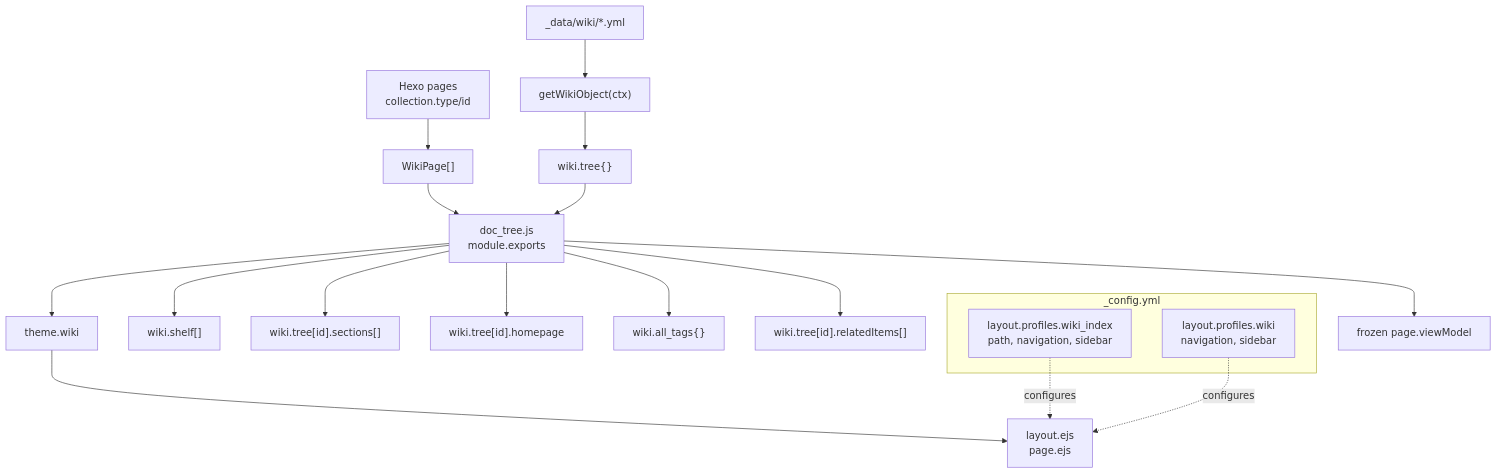
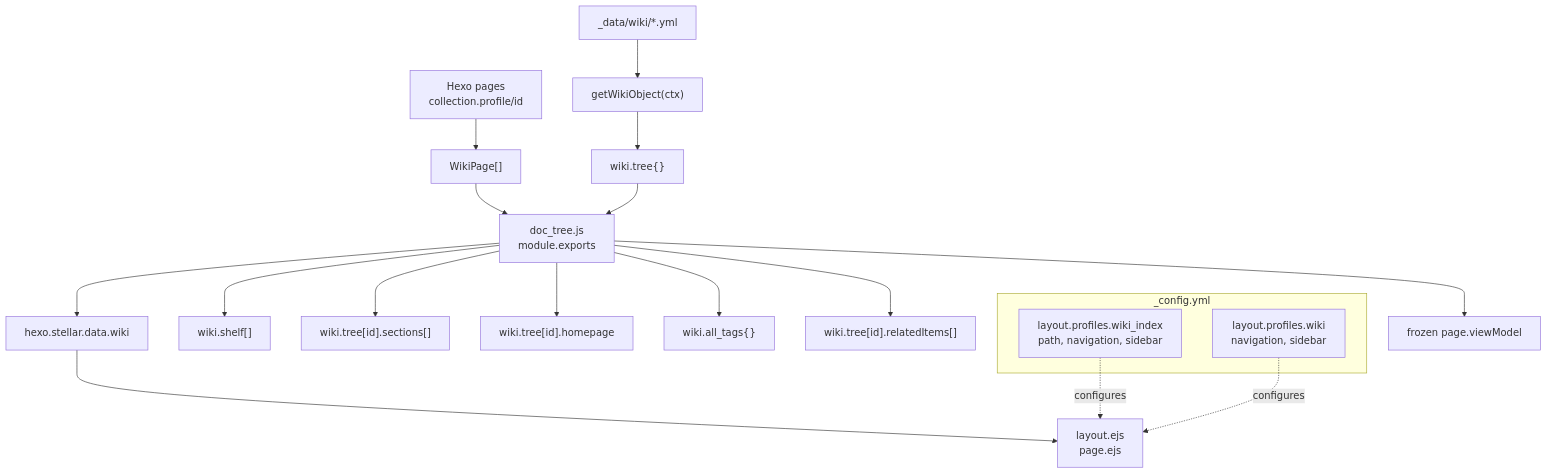
The first of 6 diagrams in docs/knowledge/03-内容系统/wiki-docs.md (xaoxuu/hexo-theme-stellar), drawn with Mermaid before and after one commit. The commit also changed other lines of this file and 101 other files, not shown here.

````diff
--- a/docs/knowledge/03-内容系统/wiki-docs.md
+++ b/docs/knowledge/03-内容系统/wiki-docs.md
@@ -53,24 +53,24 @@
 ```mermaid
 flowchart TD
     A["_data/wiki/*.yml"] --> B["getWikiObject(ctx)"]
-    C["Hexo pages\ncollection.type/id"] --> D["WikiPage[]"]
+    C["Hexo pages\ncollection.profile/id"] --> D["WikiPage[]"]
     B --> E["wiki.tree{}"]
     D --> F["doc_tree.js\nmodule.exports"]
     E --> F
     F --> G["wiki.shelf[]"]
     F --> H["wiki.tree[id].sections[]"]
     F --> I["wiki.tree[id].homepage"]
     F --> J["wiki.all_tags{}"]
     F --> K["wiki.tree[id].relatedItems[]"]
-    F --> L["theme.wiki"]
+    F --> L["hexo.stellar.data.wiki"]
     F --> V["frozen page.viewModel"]
     L --> M["layout.ejs\npage.ejs"]
     
     subgraph "_config.yml"
         N["layout.profiles.wiki_index\npath, navigation, sidebar"]
         O["layout.profiles.wiki\nnavigation, sidebar"]
     end
     
     N -.configures.-> M
     O -.configures.-> M
 ```
````
